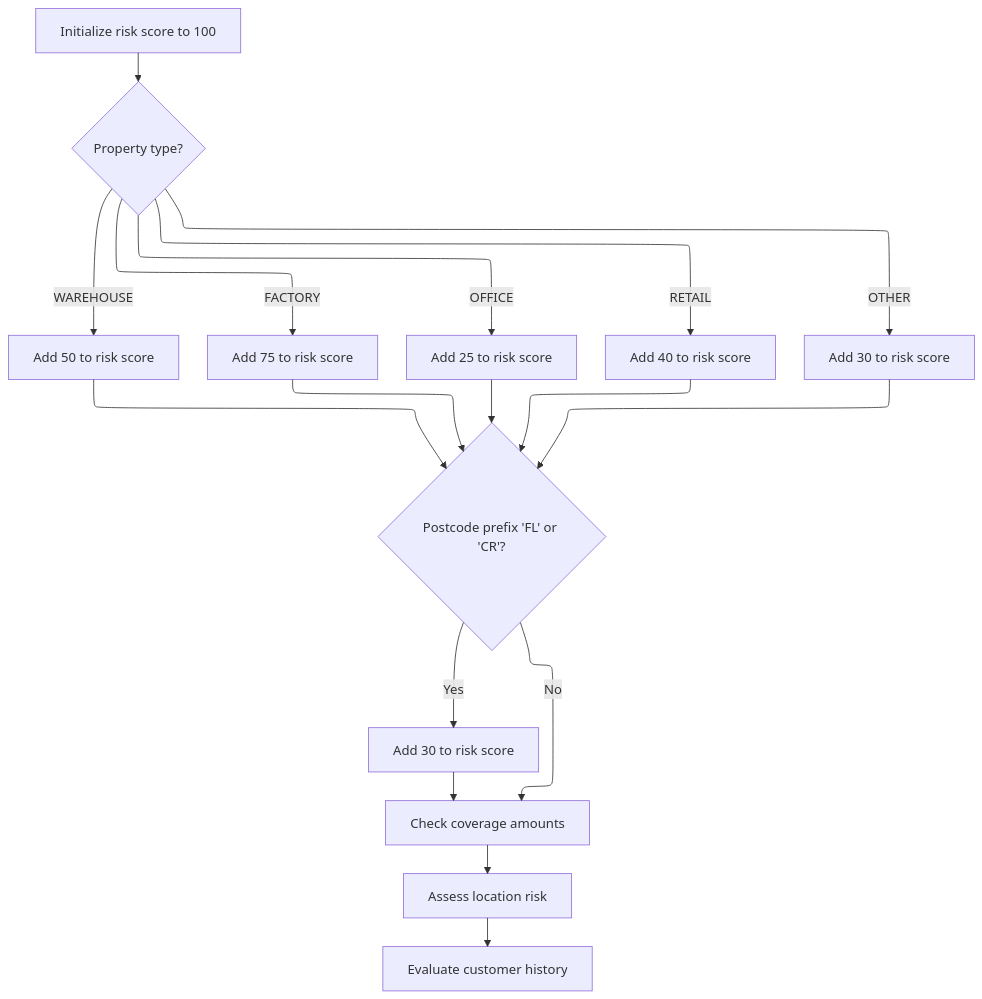
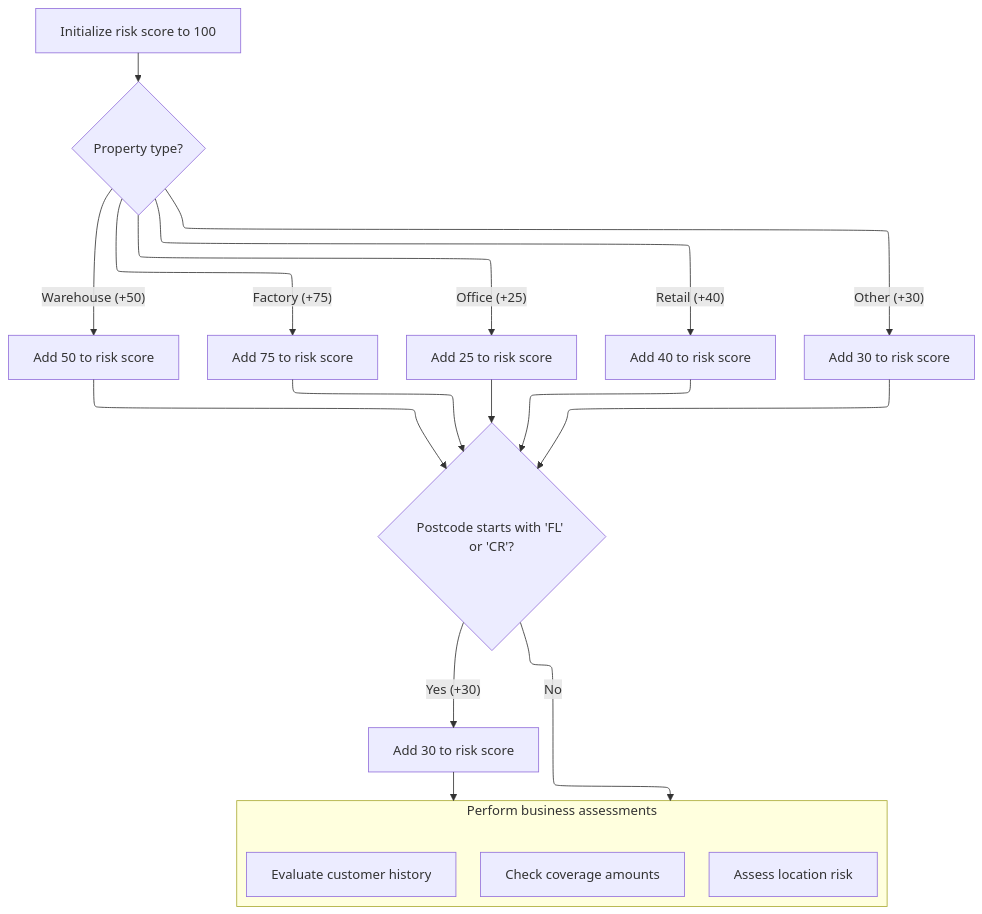
Before and after one commit to Giri-Swimm/Swimmio-genapp-house: the fifth of 7 diagrams in .swm/lgapdb02-property-risk-score-calculation.fw41ul12.sw.md, drawn with Mermaid. The commit also changed other lines of this file and 55 other files, not shown here.

````diff
--- a/.swm/lgapdb02-property-risk-score-calculation.fw41ul12.sw.md
+++ b/.swm/lgapdb02-property-risk-score-calculation.fw41ul12.sw.md
@@ -408,70 +408,76 @@
 ```mermaid
 %%{init: {"flowchart": {"defaultRenderer": "elk"}} }%%
 flowchart TD
     node1["Initialize risk score to 100"]
     click node1 openCode "base/src/LGAPDB02.cbl:69:70"
     node1 --> node2{"Property type?"}
     click node2 openCode "base/src/LGAPDB02.cbl:72:83"
-    node2 -->|"WAREHOUSE"| node3["Add 50 to risk score"]
+    node2 -->|"Warehouse (+50)"| node3["Add 50 to risk score"]
     click node3 openCode "base/src/LGAPDB02.cbl:74:74"
-    node2 -->|"FACTORY"| node4["Add 75 to risk score"]
+    node2 -->|"Factory (+75)"| node4["Add 75 to risk score"]
     click node4 openCode "base/src/LGAPDB02.cbl:76:76"
-    node2 -->|"OFFICE"| node5["Add 25 to risk score"]
+    node2 -->|"Office (+25)"| node5["Add 25 to risk score"]
     click node5 openCode "base/src/LGAPDB02.cbl:78:78"
-    node2 -->|"RETAIL"| node6["Add 40 to risk score"]
+    node2 -->|"Retail (+40)"| node6["Add 40 to risk score"]
     click node6 openCode "base/src/LGAPDB02.cbl:80:80"
-    node2 -->|"OTHER"| node7["Add 30 to risk score"]
+    node2 -->|"Other (+30)"| node7["Add 30 to risk score"]
     click node7 openCode "base/src/LGAPDB02.cbl:82:82"
-    %% All property type branches converge
-    node3 --> node8{"Postcode prefix 'FL' or 'CR'?"}
+    node3 --> node8{"Postcode starts with 'FL' or 'CR'?"}
     node4 --> node8
     node5 --> node8
     node6 --> node8
     node7 --> node8
     click node8 openCode "base/src/LGAPDB02.cbl:85:88"
-    node8 -->|"Yes"| node9["Add 30 to risk score"]
+    node8 -->|"Yes (+30)"| node9["Add 30 to risk score"]
     click node9 openCode "base/src/LGAPDB02.cbl:87:87"
-    node8 -->|"No"| node12["Check coverage amounts"]
-    node9 --> node12["Check coverage amounts"]
-    click node12 openCode "base/src/LGAPDB02.cbl:90:90"
-    node12 --> node13["Assess location risk"]
-    click node13 openCode "base/src/LGAPDB02.cbl:91:91"
-    node13 --> node14["Evaluate customer history"]
-    click node14 openCode "base/src/LGAPDB02.cbl:92:92"
+    node8 -->|"No"| node11["Perform business assessments"]
+    node9 --> node11["Perform business assessments"]
+    click node11 openCode "base/src/LGAPDB02.cbl:90:92"
+    subgraph node11["Perform business assessments"]
+        node12["Check coverage amounts"]
+        click node12 openCode "base/src/LGAPDB02.cbl:90:90"
+        node13["Assess location risk"]
+        click node13 openCode "base/src/LGAPDB02.cbl:91:91"
+        node14["Evaluate customer history"]
+        click node14 openCode "base/src/LGAPDB02.cbl:92:92"
+    end
 classDef HeadingStyle fill:#777777,stroke:#333,stroke-width:2px;
 
 %% Swimm:
 %% %%{init: {"flowchart": {"defaultRenderer": "elk"}} }%%
 %% flowchart TD
 %%     node1["Initialize risk score to 100"]
 %%     click node1 openCode "<SwmPath>[base/src/LGAPDB02.cbl](base/src/LGAPDB02.cbl)</SwmPath>:69:70"
 %%     node1 --> node2{"Property type?"}
 %%     click node2 openCode "<SwmPath>[base/src/LGAPDB02.cbl](base/src/LGAPDB02.cbl)</SwmPath>:72:83"
-%%     node2 -->|"WAREHOUSE"| node3["Add 50 to risk score"]
+%%     node2 -->|"Warehouse (+50)"| node3["Add 50 to risk score"]
 %%     click node3 openCode "<SwmPath>[base/src/LGAPDB02.cbl](base/src/LGAPDB02.cbl)</SwmPath>:74:74"
-%%     node2 -->|"FACTORY"| node4["Add 75 to risk score"]
+%%     node2 -->|"Factory (+75)"| node4["Add 75 to risk score"]
 %%     click node4 openCode "<SwmPath>[base/src/LGAPDB02.cbl](base/src/LGAPDB02.cbl)</SwmPath>:76:76"
-%%     node2 -->|"OFFICE"| node5["Add 25 to risk score"]
+%%     node2 -->|"Office (+25)"| node5["Add 25 to risk score"]
 %%     click node5 openCode "<SwmPath>[base/src/LGAPDB02.cbl](base/src/LGAPDB02.cbl)</SwmPath>:78:78"
-%%     node2 -->|"RETAIL"| node6["Add 40 to risk score"]
+%%     node2 -->|"Retail (+40)"| node6["Add 40 to risk score"]
 %%     click node6 openCode "<SwmPath>[base/src/LGAPDB02.cbl](base/src/LGAPDB02.cbl)</SwmPath>:80:80"
-%%     node2 -->|"OTHER"| node7["Add 30 to risk score"]
+%%     node2 -->|"Other (+30)"| node7["Add 30 to risk score"]
 %%     click node7 openCode "<SwmPath>[base/src/LGAPDB02.cbl](base/src/LGAPDB02.cbl)</SwmPath>:82:82"
-%%     %% All property type branches converge
-%%     node3 --> node8{"Postcode prefix 'FL' or 'CR'?"}
+%%     node3 --> node8{"Postcode starts with 'FL' or 'CR'?"}
 %%     node4 --> node8
 %%     node5 --> node8
 %%     node6 --> node8
 %%     node7 --> node8
 %%     click node8 openCode "<SwmPath>[base/src/LGAPDB02.cbl](base/src/LGAPDB02.cbl)</SwmPath>:85:88"
-%%     node8 -->|"Yes"| node9["Add 30 to risk score"]
+%%     node8 -->|"Yes (+30)"| node9["Add 30 to risk score"]
 %%     click node9 openCode "<SwmPath>[base/src/LGAPDB02.cbl](base/src/LGAPDB02.cbl)</SwmPath>:87:87"
-%%     node8 -->|"No"| node12["Check coverage amounts"]
-%%     node9 --> node12["Check coverage amounts"]
-%%     click node12 openCode "<SwmPath>[base/src/LGAPDB02.cbl](base/src/LGAPDB02.cbl)</SwmPath>:90:90"
-%%     node12 --> node13["Assess location risk"]
-%%     click node13 openCode "<SwmPath>[base/src/LGAPDB02.cbl](base/src/LGAPDB02.cbl)</SwmPath>:91:91"
-%%     node13 --> node14["Evaluate customer history"]
-%%     click node14 openCode "<SwmPath>[base/src/LGAPDB02.cbl](base/src/LGAPDB02.cbl)</SwmPath>:92:92"
+%%     node8 -->|"No"| node11["Perform business assessments"]
+%%     node9 --> node11["Perform business assessments"]
+%%     click node11 openCode "<SwmPath>[base/src/LGAPDB02.cbl](base/src/LGAPDB02.cbl)</SwmPath>:90:92"
+%%     subgraph node11["Perform business assessments"]
+%%         node12["Check coverage amounts"]
+%%         click node12 openCode "<SwmPath>[base/src/LGAPDB02.cbl](base/src/LGAPDB02.cbl)</SwmPath>:90:90"
+%%         node13["Assess location risk"]
+%%         click node13 openCode "<SwmPath>[base/src/LGAPDB02.cbl](base/src/LGAPDB02.cbl)</SwmPath>:91:91"
+%%         node14["Evaluate customer history"]
+%%         click node14 openCode "<SwmPath>[base/src/LGAPDB02.cbl](base/src/LGAPDB02.cbl)</SwmPath>:92:92"
+%%     end
 %% classDef HeadingStyle fill:#777777,stroke:#333,stroke-width:2px;
 ```
````
